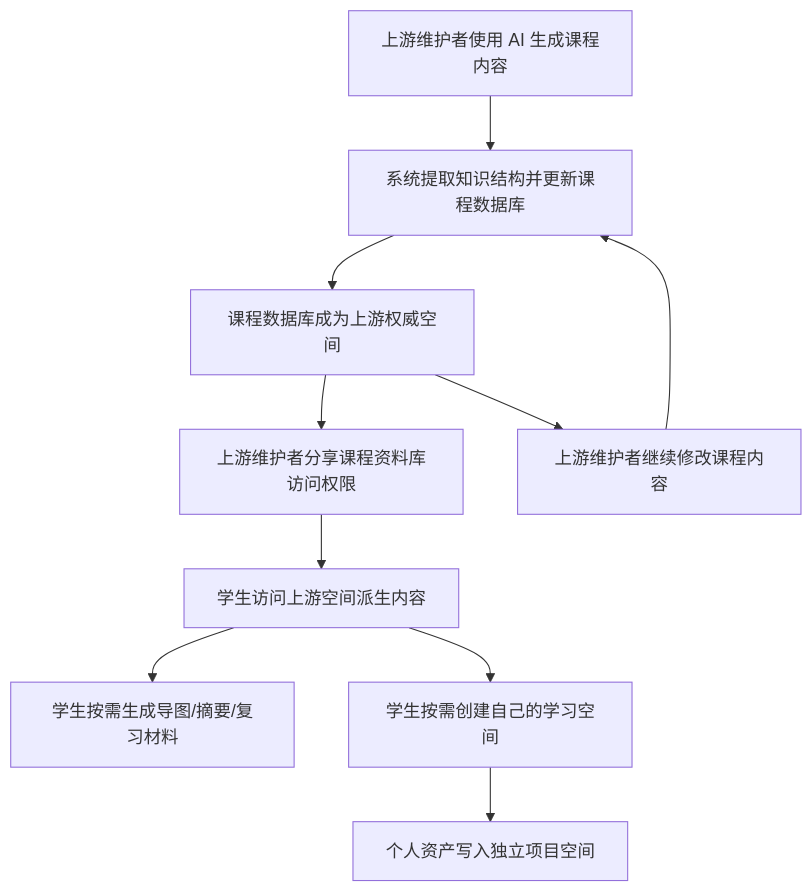
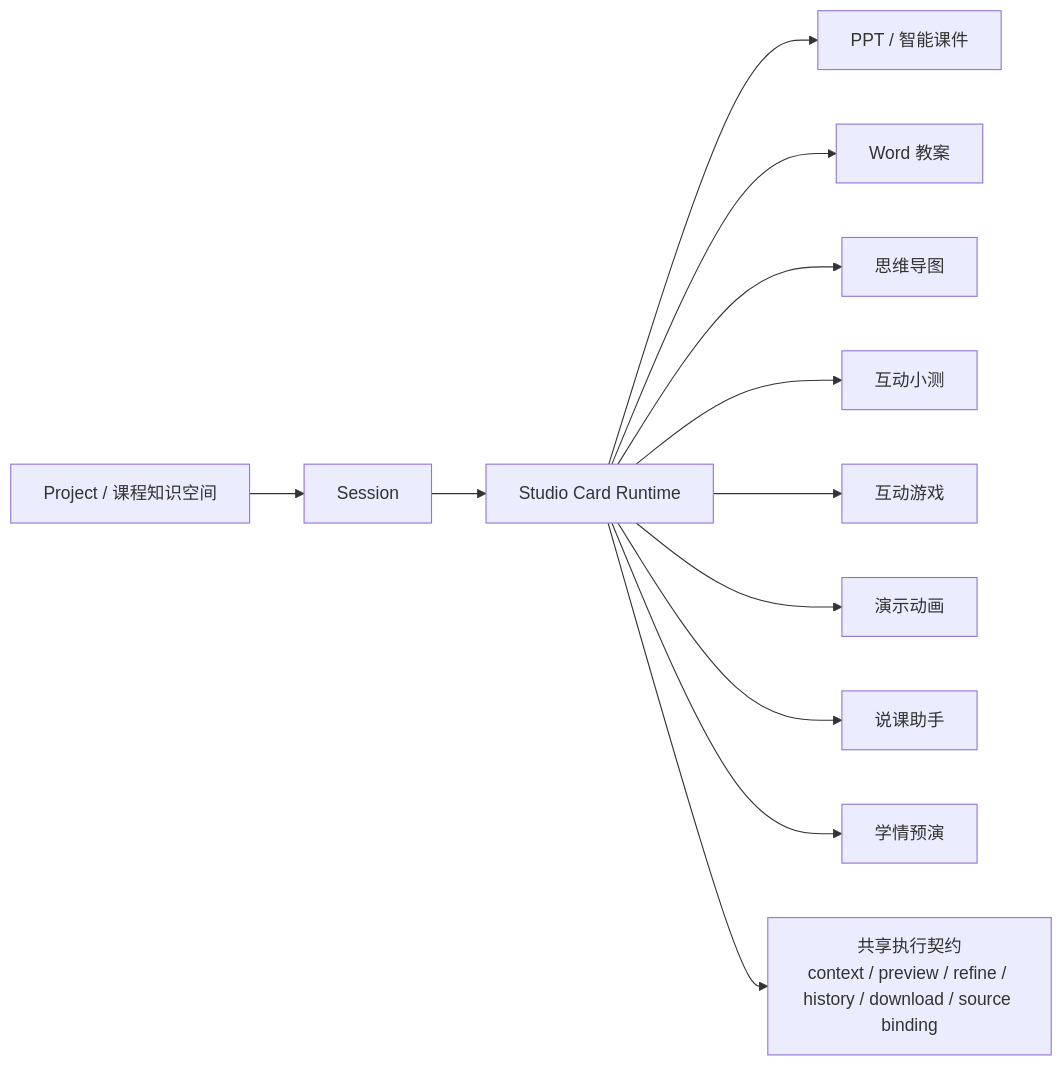
Before and after one commit to ln-one/Spectra: the fourth of 9 diagrams in docs/competition/05-key-technologies.md, drawn with Mermaid. The commit also changed other lines of this file and 94 other files, not shown here.

````diff
--- a/docs/competition/05-key-technologies.md
+++ b/docs/competition/05-key-technologies.md
@@ -214,12 +182,16 @@
 ```mermaid
-flowchart TD
-    A["上游维护者使用 AI 生成课程内容"] --> B["系统提取知识结构并更新课程数据库"]
-    B --> C["课程数据库成为上游权威空间"]
-    C --> D["上游维护者分享课程资料库访问权限"]
-    D --> E["学生访问上游空间派生内容"]
-    E --> F["学生按需生成导图/摘要/复习材料"]
-    E --> G["学生按需创建自己的学习空间"]
-    G --> H["个人资产写入独立项目空间"]
-    C --> I["上游维护者继续修改课程内容"]
-    I --> B
+flowchart LR
+    P["Project / 课程知识空间"] --> S["Session"]
+    S --> C["Studio Card Runtime"]
+
+    C --> PPT["PPT / 智能课件"]
+    C --> WORD["Word 教案"]
+    C --> MIND["思维导图"]
+    C --> QUIZ["互动小测"]
+    C --> GAME["互动游戏"]
+    C --> ANIM["演示动画"]
+    C --> NOTES["说课助手"]
+    C --> SIM["学情预演"]
+
+    C --> B["共享执行契约<br/>context / preview / refine / history / download / source binding"]
 ```
````
